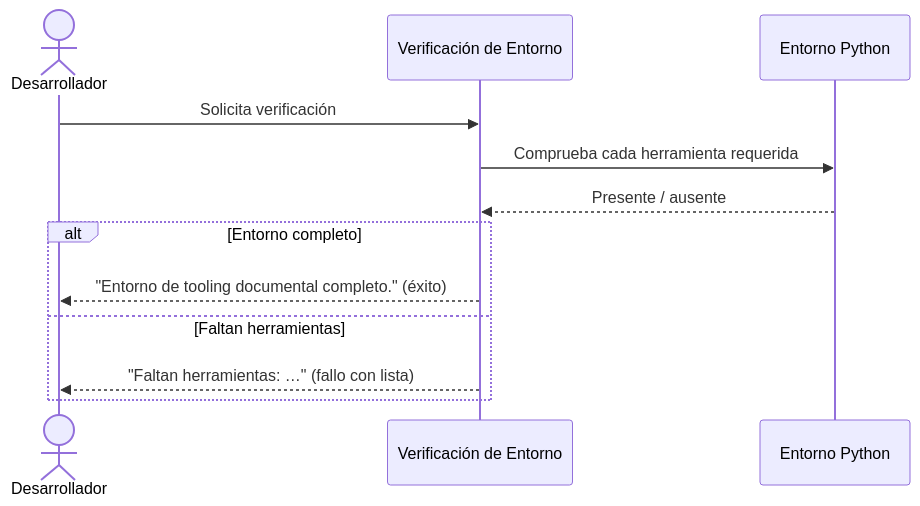
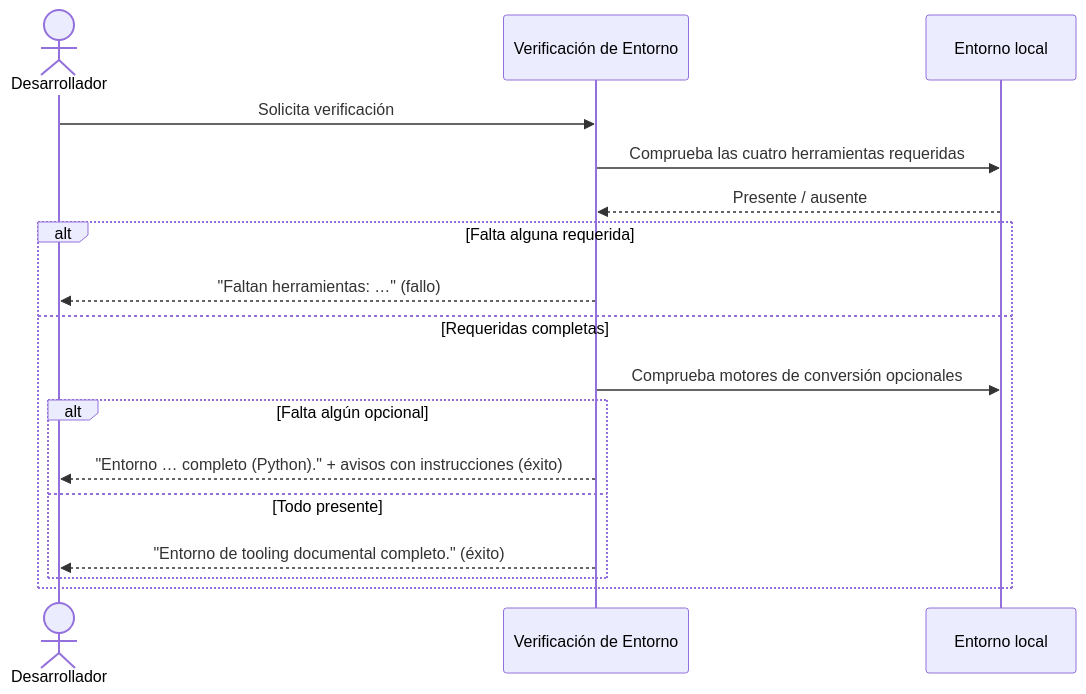
One commit to fmanza/doc_ia changed the diagram in docs/functional/check_env.md. Above: the diagram before and after it, drawn with Mermaid. The commit also changed other lines of this file and 30 other files, not shown here.

````diff
--- a/docs/functional/check_env.md
+++ b/docs/functional/check_env.md
@@ -28,15 +24,20 @@
 ```mermaid
 sequenceDiagram
     actor Dev as Desarrollador
     participant Ver as Verificación de Entorno
-    participant Ent as Entorno Python
+    participant Ent as Entorno local
 
     Dev->>Ver: Solicita verificación
-    Ver->>Ent: Comprueba cada herramienta requerida
+    Ver->>Ent: Comprueba las cuatro herramientas requeridas
     Ent-->>Ver: Presente / ausente
-    alt Entorno completo
-        Ver-->>Dev: "Entorno de tooling documental completo." (éxito)
-    else Faltan herramientas
-        Ver-->>Dev: "Faltan herramientas: …" (fallo con lista)
+    alt Falta alguna requerida
+        Ver-->>Dev: "Faltan herramientas: …" (fallo)
+    else Requeridas completas
+        Ver->>Ent: Comprueba motores de conversión opcionales
+        alt Falta algún opcional
+            Ver-->>Dev: "Entorno … completo (Python)." + avisos con instrucciones (éxito)
+        else Todo presente
+            Ver-->>Dev: "Entorno de tooling documental completo." (éxito)
+        end
     end
 ```
````
